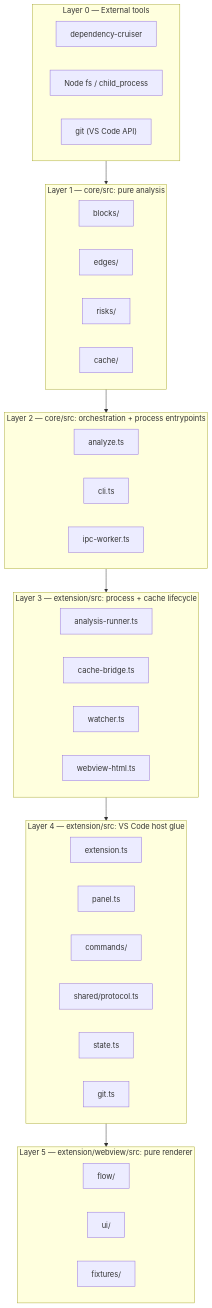
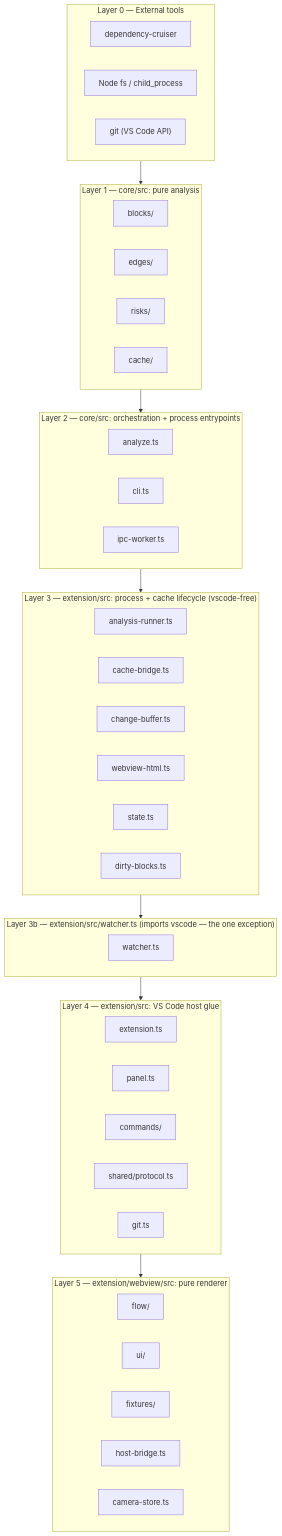
One commit to PoisedDok/BlockNet changed the diagram in docs/architecture/LAYERS.md. Above: the diagram before and after it, drawn with Mermaid. The commit also changed other lines of this file and 2 other files, not shown here.

Commit message:
Update architecture docs: Task 8 completion, correct state.ts scope, fix layer diagram

````diff
--- a/docs/architecture/LAYERS.md
+++ b/docs/architecture/LAYERS.md
@@ -6,46 +6,53 @@
 ```mermaid
 flowchart TB
     subgraph L0["Layer 0 — External tools"]
         direction LR
         L0a["dependency-cruiser"]
         L0b["Node fs / child_process"]
         L0c["git (VS Code API)"]
     end
     subgraph L1["Layer 1 — core/src: pure analysis"]
         direction LR
         L1a["blocks/"]
         L1b["edges/"]
         L1c["risks/"]
         L1d["cache/"]
     end
     subgraph L2["Layer 2 — core/src: orchestration + process entrypoints"]
         direction LR
         L2a["analyze.ts"]
         L2b["cli.ts"]
         L2c["ipc-worker.ts"]
     end
-    subgraph L3["Layer 3 — extension/src: process + cache lifecycle"]
+    subgraph L3["Layer 3 — extension/src: process + cache lifecycle (vscode-free)"]
         direction LR
         L3a["analysis-runner.ts"]
         L3b["cache-bridge.ts"]
-        L3c["watcher.ts"]
+        L3c["change-buffer.ts"]
         L3d["webview-html.ts"]
+        L3e["state.ts"]
+        L3g["dirty-blocks.ts"]
+    end
+    subgraph L3b_["Layer 3b — extension/src/watcher.ts (imports vscode — the one exception)"]
+        direction LR
+        L3f["watcher.ts"]
     end
     subgraph L4["Layer 4 — extension/src: VS Code host glue"]
         direction LR
         L4a["extension.ts"]
         L4b["panel.ts"]
         L4c["commands/"]
         L4d["shared/protocol.ts"]
-        L4e["state.ts"]
         L4f["git.ts"]
     end
     subgraph L5["Layer 5 — extension/webview/src: pure renderer"]
         direction LR
         L5a["flow/"]
         L5b["ui/"]
         L5c["fixtures/"]
+        L5d["host-bridge.ts"]
+        L5e["camera-store.ts"]
     end
 
-    L0 --> L1 --> L2 --> L3 --> L4 --> L5
+    L0 --> L1 --> L2 --> L3 --> L3b_ --> L4 --> L5
 ```
````
